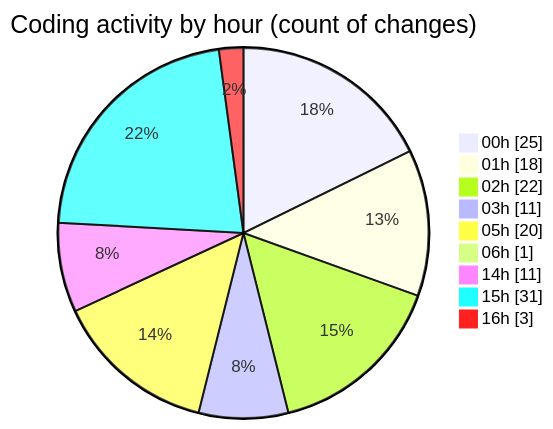
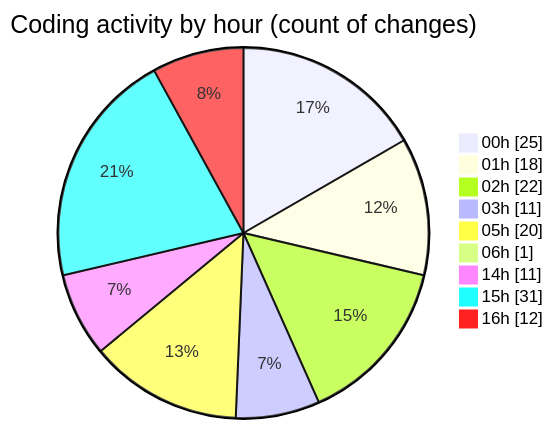
One commit to EIIisD/code-tracking changed the second of 2 diagrams in 2025-07-18/ribbon/README.md. Above: the diagram before and after it, drawn with Mermaid. The commit also changed other lines of this file and 1 other file, not shown here.

````diff
--- a/2025-07-18/ribbon/README.md
+++ b/2025-07-18/ribbon/README.md
@@ -49,13 +49,13 @@
 ```mermaid
 pie showData
 title Coding activity by hour (count of changes)
 "00h" : 25
 "01h" : 18
 "02h" : 22
 "03h" : 11
 "05h" : 20
 "06h" : 1
 "14h" : 11
 "15h" : 31
-"16h" : 3
+"16h" : 12
 ```
````
